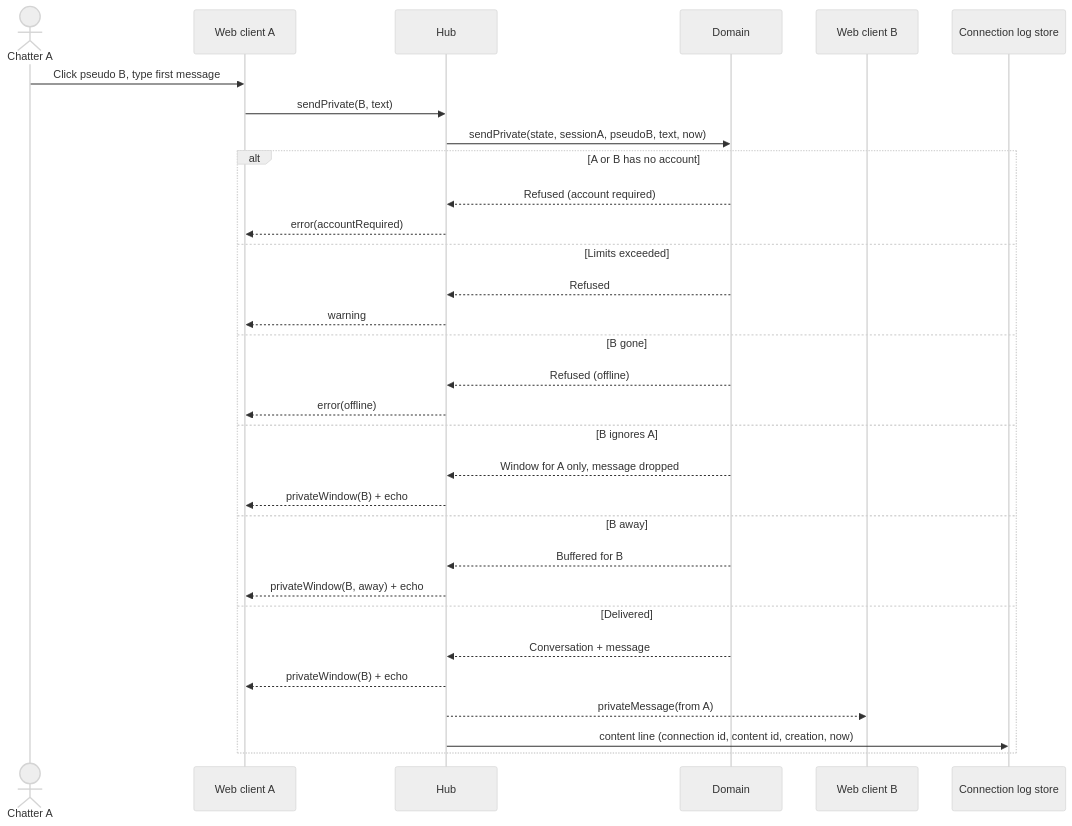
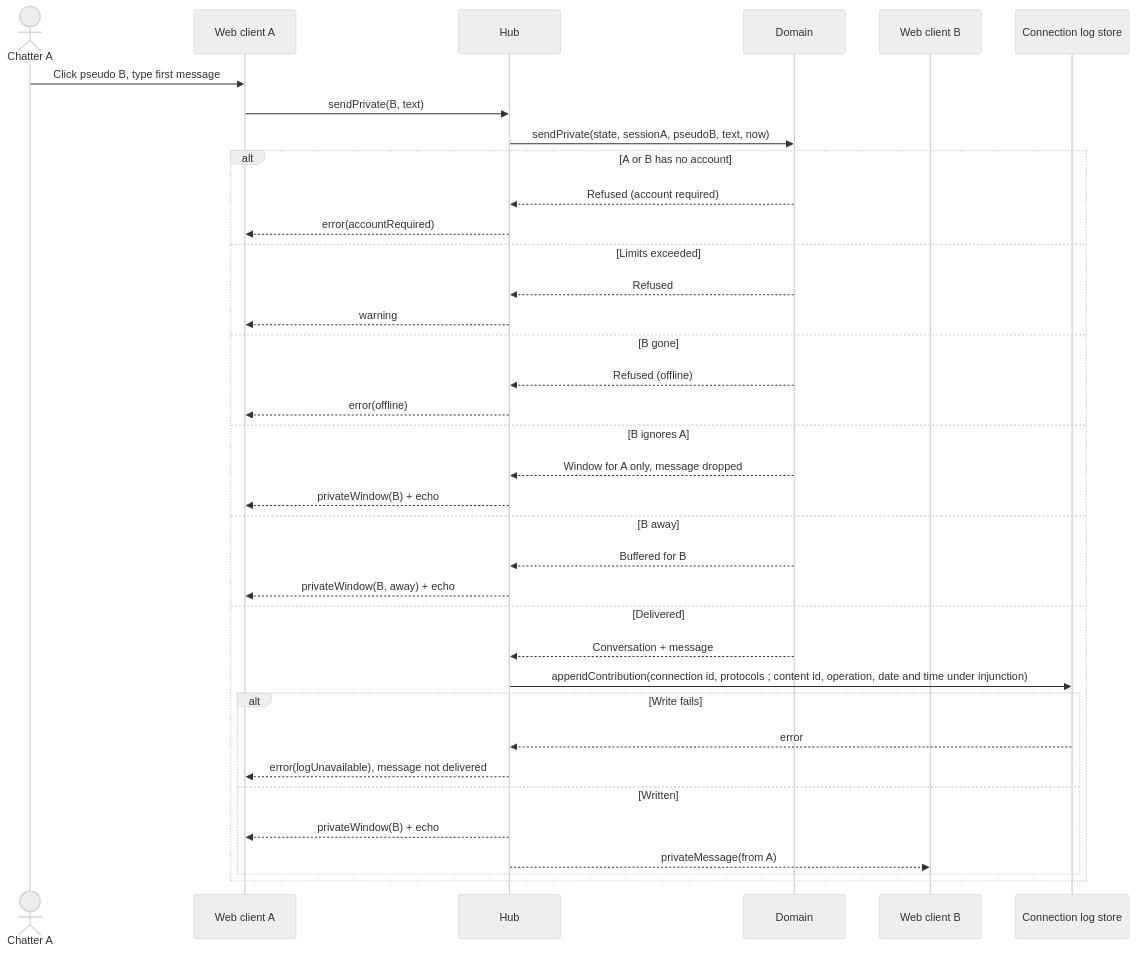
One commit to benoit-bremaud/asv changed the diagram in docs/architecture/diagrams/private-conversations/02-sequence-open-and-reply.md. Above: the diagram before and after it, drawn with Mermaid (neutral theme). The commit also changed other lines of this file and 21 other files, not shown here.

First line of the commit message:
docs(legal): align BR-060 with decree arts. 5 and 6, one log line per socket

````diff
--- a/docs/architecture/diagrams/private-conversations/02-sequence-open-and-reply.md
+++ b/docs/architecture/diagrams/private-conversations/02-sequence-open-and-reply.md
@@ -15,33 +15,38 @@
 ```mermaid
 sequenceDiagram
   actor A as Chatter A
   participant WA as Web client A
   participant H as Hub
   participant D as Domain
   participant WB as Web client B
   participant L as Connection log store
   A->>WA: Click pseudo B, type first message
   WA->>H: sendPrivate(B, text)
   H->>D: sendPrivate(state, sessionA, pseudoB, text, now)
   alt A or B has no account
     D-->>H: Refused (account required)
     H-->>WA: error(accountRequired)
   else Limits exceeded
     D-->>H: Refused
     H-->>WA: warning
   else B gone
     D-->>H: Refused (offline)
     H-->>WA: error(offline)
   else B ignores A
     D-->>H: Window for A only, message dropped
     H-->>WA: privateWindow(B) + echo
   else B away
     D-->>H: Buffered for B
     H-->>WA: privateWindow(B, away) + echo
   else Delivered
     D-->>H: Conversation + message
-    H-->>WA: privateWindow(B) + echo
-    H-->>WB: privateMessage(from A)
-    H->>L: content line (connection id, content id, creation, now)
+    H->>L: appendContribution(connection id, protocols #59; content id, operation, date and time under injunction)
+    alt Write fails
+      L-->>H: error
+      H-->>WA: error(logUnavailable), message not delivered
+    else Written
+      H-->>WA: privateWindow(B) + echo
+      H-->>WB: privateMessage(from A)
+    end
   end
 ```
````
